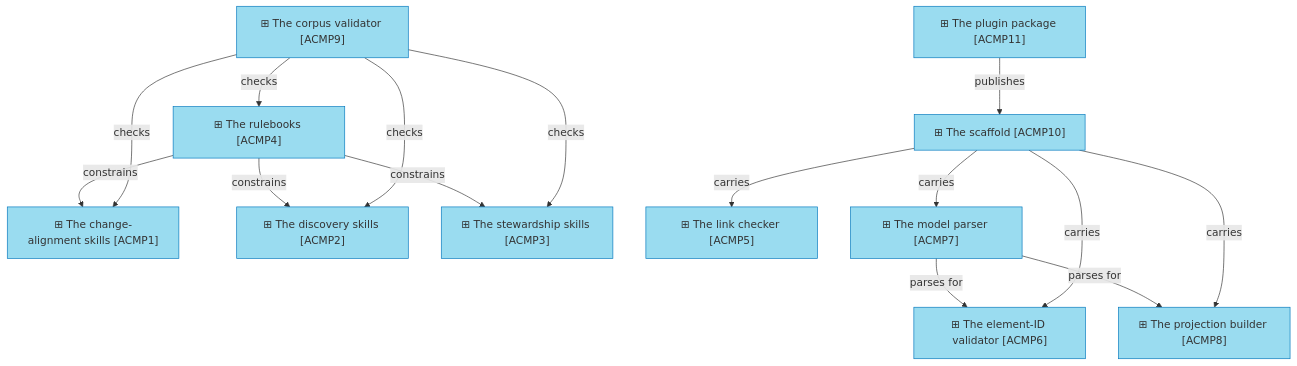
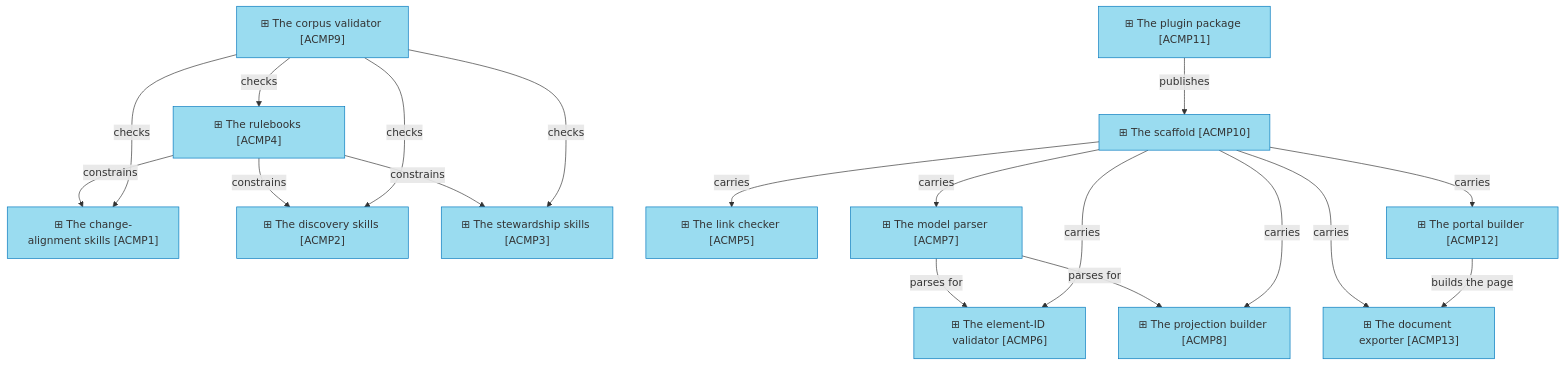
Before and after one commit to roanboc/architecture-archreator: the second of 2 diagrams in product-archreator/architecture/4_application/2_application-components.md, drawn with Mermaid. The commit also changed other lines of this file and 9 other files, not shown here.

````diff
--- a/product-archreator/architecture/4_application/2_application-components.md
+++ b/product-archreator/architecture/4_application/2_application-components.md
@@ -33,31 +33,36 @@
 ```mermaid
 flowchart TB
   acmp1["⊞ The change-alignment skills [ACMP1]"]:::component
   acmp2["⊞ The discovery skills [ACMP2]"]:::component
   acmp3["⊞ The stewardship skills [ACMP3]"]:::component
   acmp4["⊞ The rulebooks [ACMP4]"]:::component
   acmp5["⊞ The link checker [ACMP5]"]:::component
   acmp6["⊞ The element-ID validator [ACMP6]"]:::component
   acmp7["⊞ The model parser [ACMP7]"]:::component
   acmp8["⊞ The projection builder [ACMP8]"]:::component
   acmp9["⊞ The corpus validator [ACMP9]"]:::component
   acmp10["⊞ The scaffold [ACMP10]"]:::component
   acmp11["⊞ The plugin package [ACMP11]"]:::component
+  acmp12["⊞ The portal builder [ACMP12]"]:::component
+  acmp13["⊞ The document exporter [ACMP13]"]:::component
 
   acmp4 -->|constrains| acmp1
   acmp4 -->|constrains| acmp2
   acmp4 -->|constrains| acmp3
   acmp7 -->|parses for| acmp6
   acmp7 -->|parses for| acmp8
   acmp10 -->|carries| acmp5
   acmp10 -->|carries| acmp6
   acmp10 -->|carries| acmp7
   acmp10 -->|carries| acmp8
+  acmp10 -->|carries| acmp12
+  acmp10 -->|carries| acmp13
+  acmp12 -->|builds the page| acmp13
   acmp11 -->|publishes| acmp10
   acmp9 -->|checks| acmp1
   acmp9 -->|checks| acmp2
   acmp9 -->|checks| acmp3
   acmp9 -->|checks| acmp4
 
   classDef component fill:#9adcf0,stroke:#0277bd,color:#333
 ```
````
